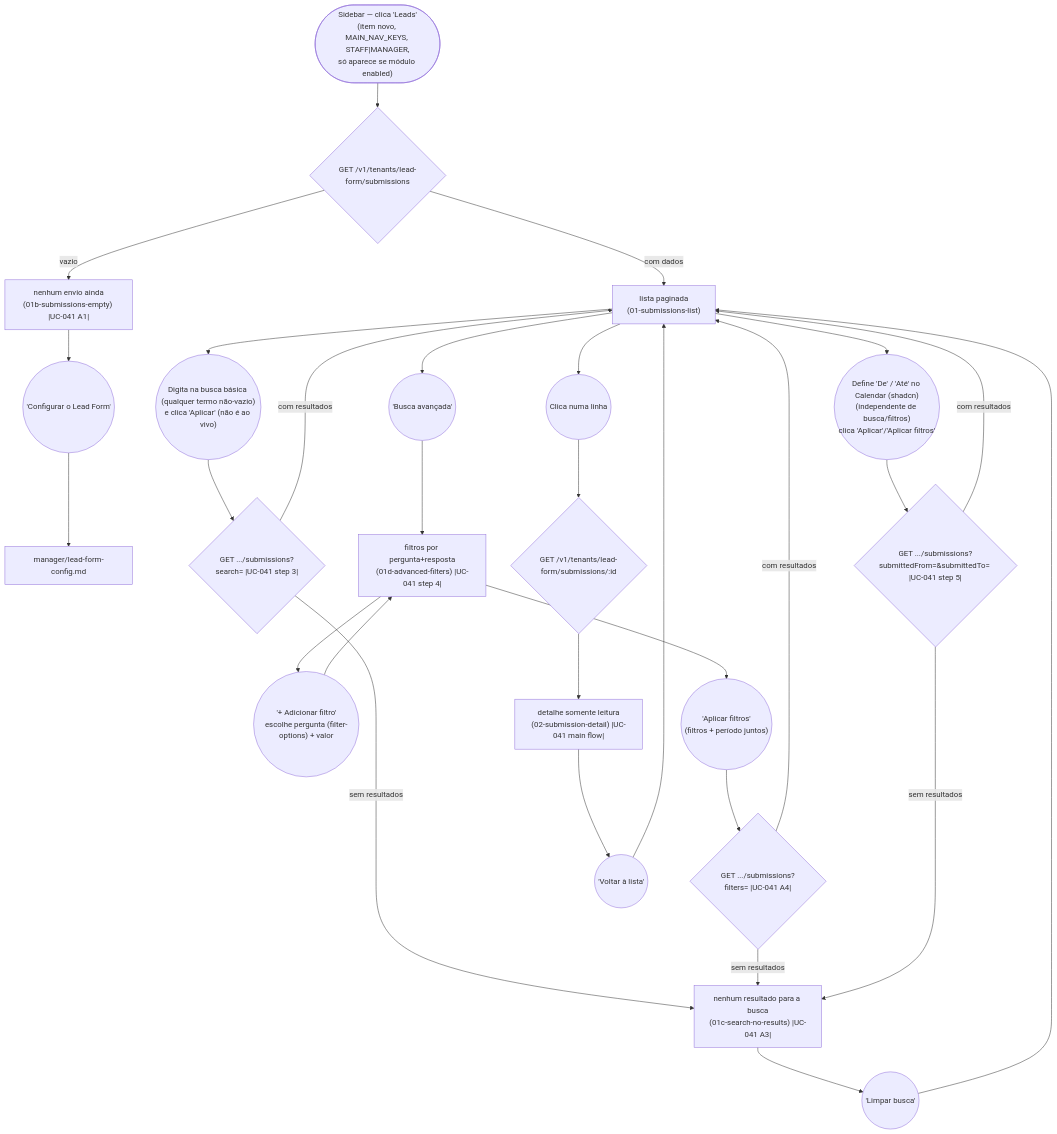
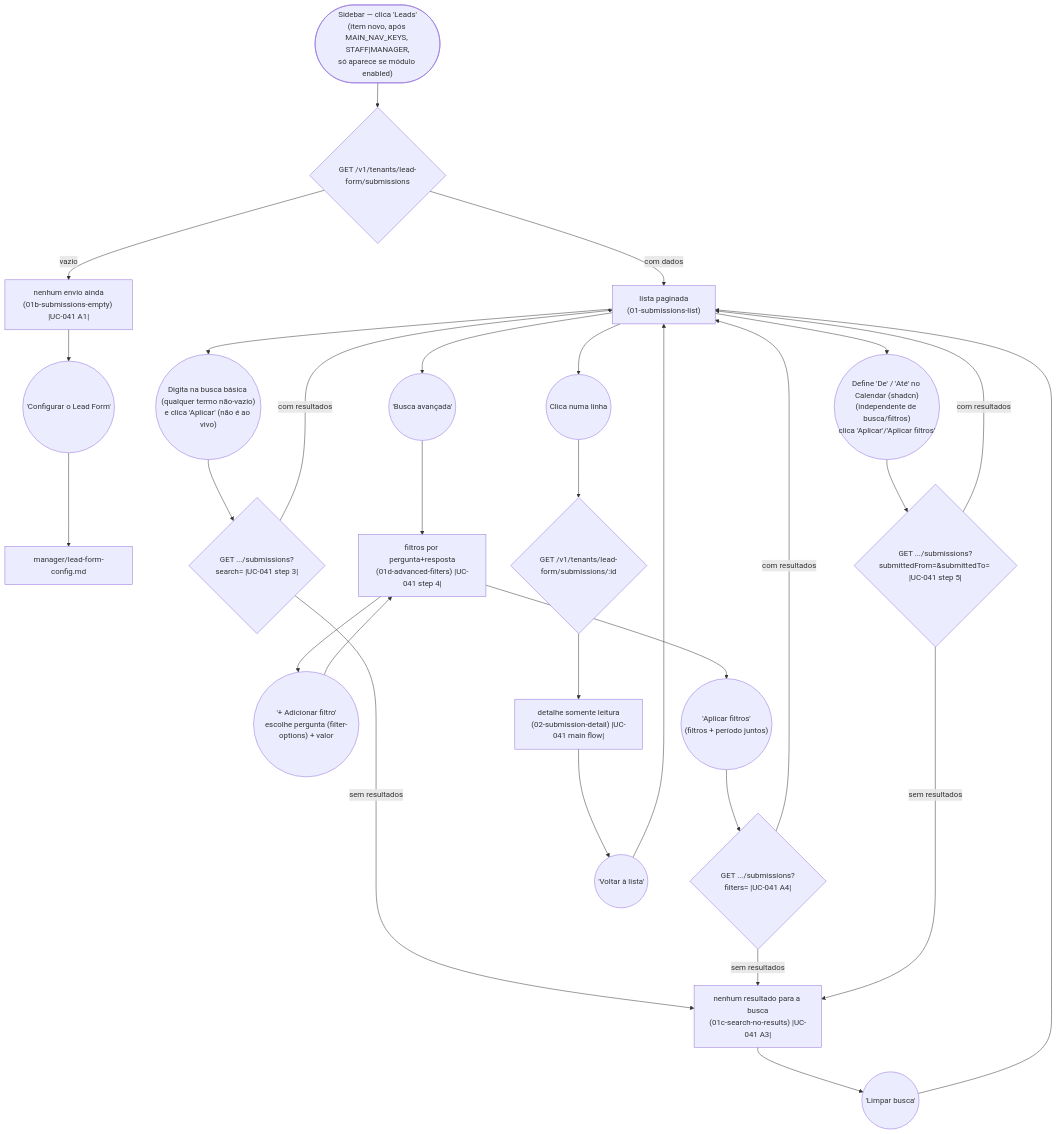
Before and after one commit to lmmoreira/ikaro: the diagram in journeys/manager/lead-form-submissions.md, drawn with Mermaid. The commit also changed 242 other files, not shown here.

````diff
--- a/journeys/manager/lead-form-submissions.md
+++ b/journeys/manager/lead-form-submissions.md
@@ -12,36 +12,36 @@
 ```mermaid
 flowchart TD
-    Start(["Sidebar — clica 'Leads'<br/>(item novo, MAIN_NAV_KEYS, STAFF|MANAGER,<br/>só aparece se módulo enabled)"]) --> List{"GET /v1/tenants/lead-form/submissions"}
+    Start(["Sidebar — clica 'Leads'<br/>(item novo, após MAIN_NAV_KEYS, STAFF|MANAGER,<br/>só aparece se módulo enabled)"]) --> List{"GET /v1/tenants/lead-form/submissions"}
     List -- "vazio" --> Empty["nenhum envio ainda<br/>(01b-submissions-empty) |UC-041 A1|"]
     List -- "com dados" --> Submissions["lista paginada<br/>(01-submissions-list)"]
 
     Empty --> ToConfig(("'Configurar o Lead Form'"))
     ToConfig --> ConfigJourney["manager/lead-form-config.md"]
 
     Submissions --> TypeSearch(("Digita na busca básica (qualquer termo não-vazio)<br/>e clica 'Aplicar' (não é ao vivo)"))
     TypeSearch --> SearchQuery{"GET .../submissions?search= |UC-041 step 3|"}
     SearchQuery -- "sem resultados" --> NoResults["nenhum resultado para a busca<br/>(01c-search-no-results) |UC-041 A3|"]
     SearchQuery -- "com resultados" --> Submissions
     NoResults --> ClearSearch(("'Limpar busca'"))
     ClearSearch --> Submissions
 
     Submissions --> OpenAdvanced(("'Busca avançada'"))
     OpenAdvanced --> Advanced["filtros por pergunta+resposta<br/>(01d-advanced-filters) |UC-041 step 4|"]
     Advanced --> AddFilterRow(("'+ Adicionar filtro'<br/>escolhe pergunta (filter-options) + valor"))
     AddFilterRow --> Advanced
     Advanced --> ApplyFilters(("'Aplicar filtros'<br/>(filtros + período juntos)"))
     ApplyFilters --> FiltersQuery{"GET .../submissions?filters= |UC-041 A4|"}
     FiltersQuery -- "sem resultados" --> NoResults
     FiltersQuery -- "com resultados" --> Submissions
 
     Submissions --> SetDateRange(("Define 'De' / 'Até' no Calendar (shadcn)<br/>(independente de busca/filtros)<br/>clica 'Aplicar'/'Aplicar filtros'"))
     SetDateRange --> DateRangeQuery{"GET .../submissions?submittedFrom=&submittedTo= |UC-041 step 5|"}
     DateRangeQuery -- "sem resultados" --> NoResults
     DateRangeQuery -- "com resultados" --> Submissions
 
     Submissions --> ClickRow(("Clica numa linha"))
     ClickRow --> Detail{"GET /v1/tenants/lead-form/submissions/:id"}
     Detail --> Detail2["detalhe somente leitura<br/>(02-submission-detail) |UC-041 main flow|"]
     Detail2 --> Back(("'Voltar à lista'"))
     Back --> Submissions
 ```
````
